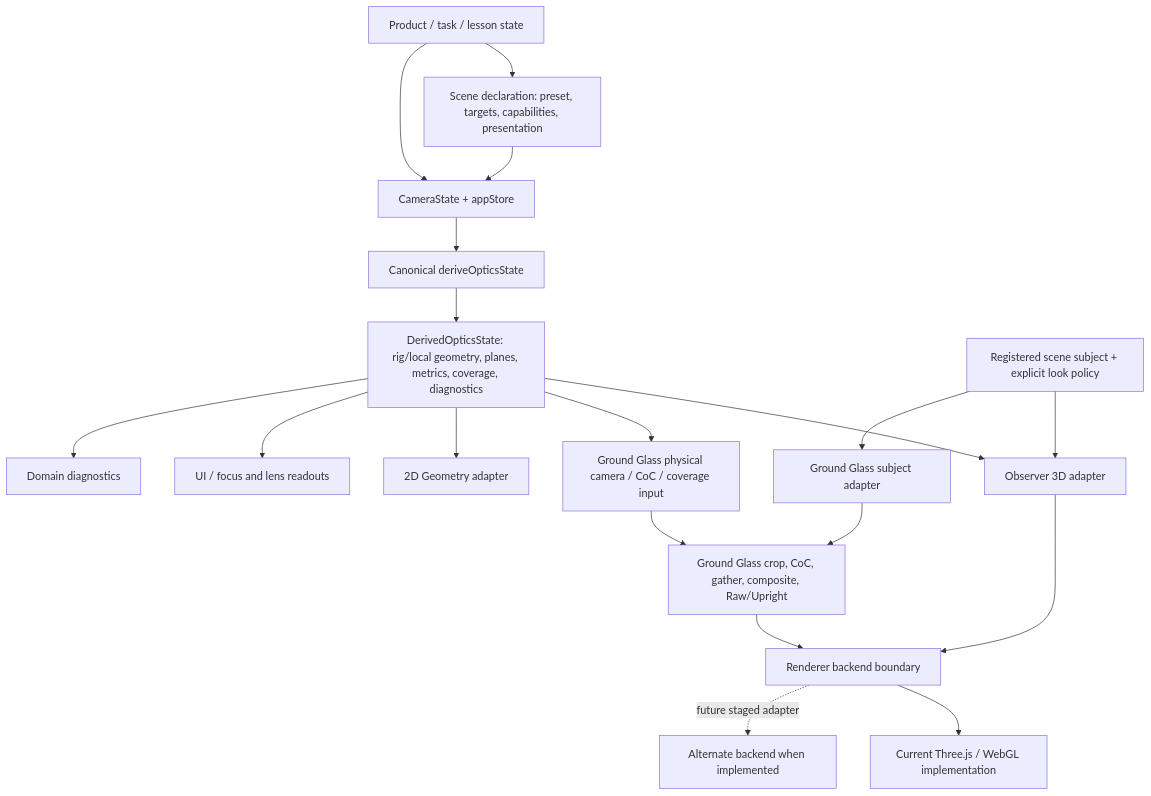
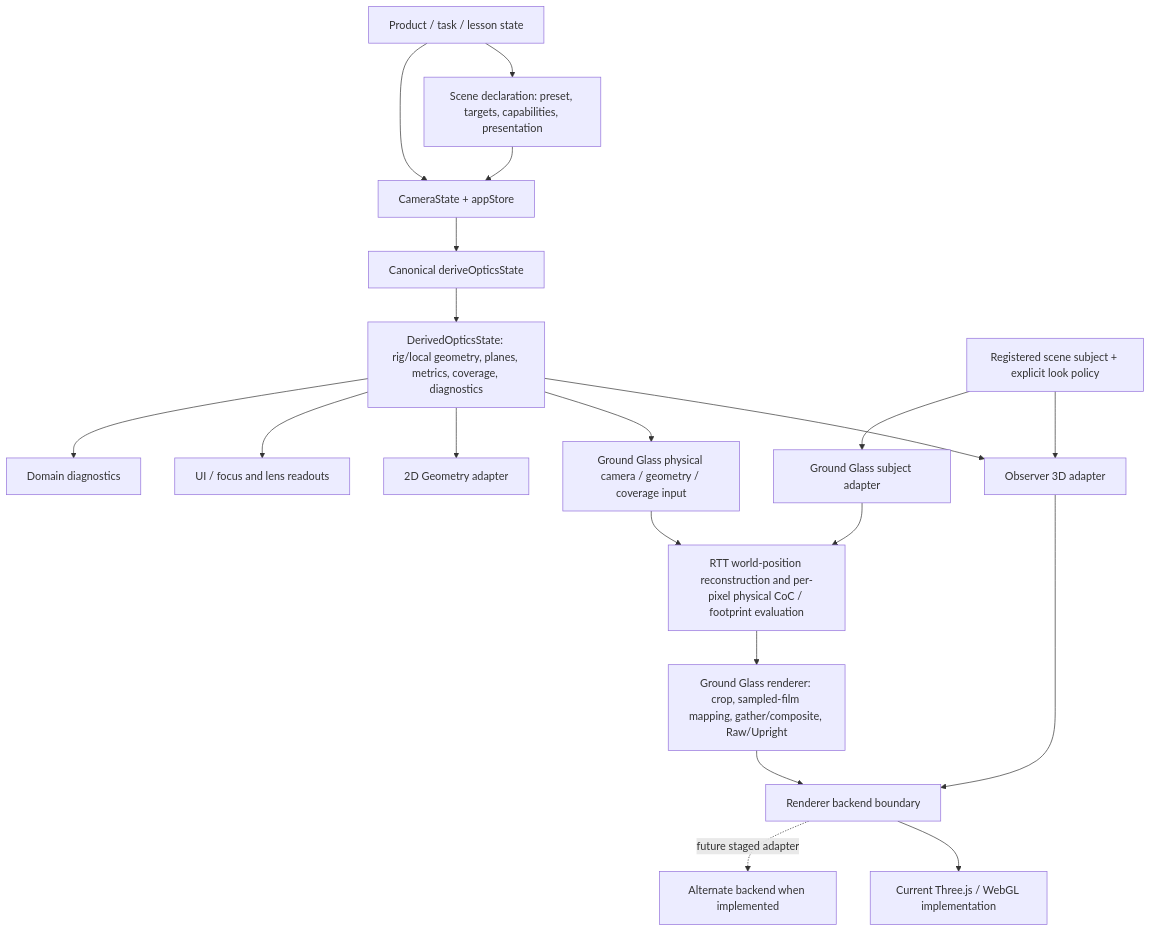
The fourth of 4 diagrams in docs/ARCHITECTURE_DIAGNOSIS.md (chau-hm/view-camera-simulator), drawn with Mermaid before and after one commit. The commit also changed other lines of this file, not shown here.

Commit message:
docs: align Ground Glass ownership in architecture target

````diff
--- a/docs/ARCHITECTURE_DIAGNOSIS.md
+++ b/docs/ARCHITECTURE_DIAGNOSIS.md
@@ -628,21 +628,22 @@
 ```mermaid
 flowchart TD
   TASK[Product / task / lesson state] --> SCENE[Scene declaration: preset, targets, capabilities, presentation]
   SCENE --> STATE[CameraState + appStore]
   TASK --> STATE
   STATE --> OPT[Canonical deriveOpticsState]
   OPT --> DER[DerivedOpticsState: rig/local geometry, planes, metrics, coverage, diagnostics]
   DER --> OBS[Observer 3D adapter]
-  DER --> GGSTATE[Ground Glass physical camera / CoC / coverage input]
+  DER --> GGSTATE[Ground Glass physical camera / geometry / coverage input]
   DER --> GEO[2D Geometry adapter]
   DER --> READ[UI / focus and lens readouts]
   DER --> DIAG[Domain diagnostics]
   SUBJ[Registered scene subject + explicit look policy] --> OBS
   SUBJ --> RTTGROUP[Ground Glass subject adapter]
-  GGSTATE --> GGPOST[Ground Glass crop, CoC, gather, composite, Raw/Upright]
-  RTTGROUP --> GGPOST
+  GGSTATE --> GGPHYS[RTT world-position reconstruction and per-pixel physical CoC / footprint evaluation]
+  RTTGROUP --> GGPHYS
+  GGPHYS --> GGPOST[Ground Glass renderer: crop, sampled-film mapping, gather/composite, Raw/Upright]
   OBS --> BACKEND[Renderer backend boundary]
   GGPOST --> BACKEND
   BACKEND --> THREE[Current Three.js / WebGL implementation]
   BACKEND -. future staged adapter .-> ALT[Alternate backend when implemented]
 ```
````
